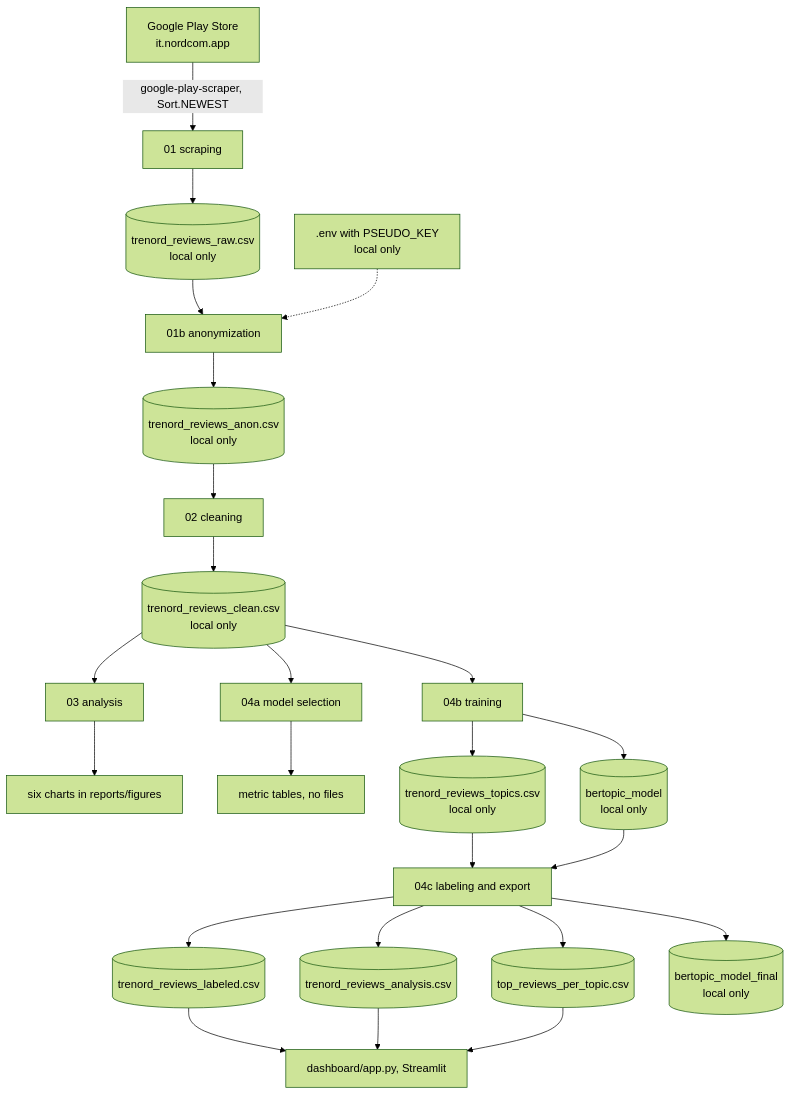
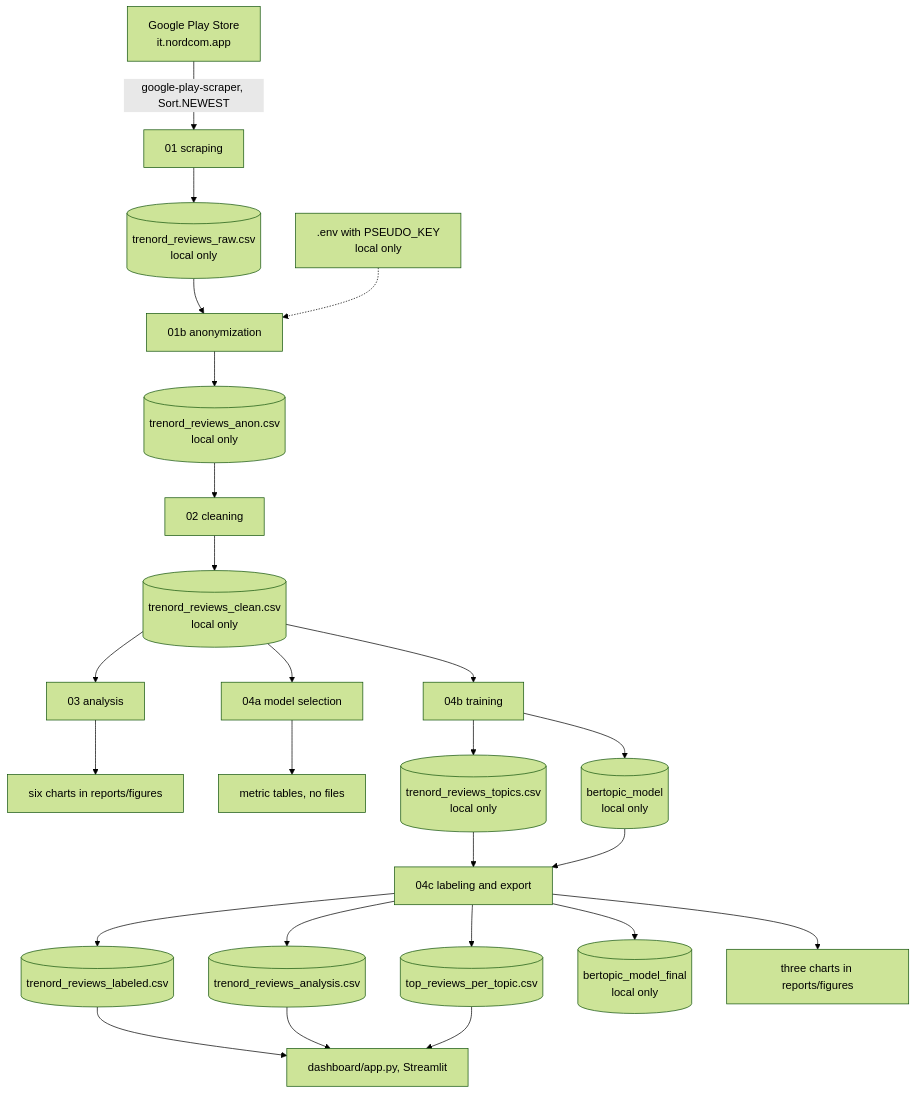
The diagram in docs/architecture.md (paolotroia-datavizlab/trenord-reviews-bertopic), drawn with Mermaid (forest theme) before and after one commit. The commit also changed other lines of this file and 18 other files, not shown here.

Commit message:
Verify 04b and 04c rewrites, add topic charts, Okabe-Ito palette, pin scipy and nbformat

````diff
--- a/docs/architecture.md
+++ b/docs/architecture.md
@@ -33,26 +33,27 @@
 ```mermaid
 flowchart TD
     PS["Google Play Store<br/>it.nordcom.app"] -->|"google-play-scraper, Sort.NEWEST"| N01["01 scraping"]
     N01 --> RAW[("trenord_reviews_raw.csv<br/>local only")]
     RAW --> N01b["01b anonymization"]
     ENV[".env with PSEUDO_KEY<br/>local only"] -.-> N01b
     N01b --> ANON[("trenord_reviews_anon.csv<br/>local only")]
     ANON --> N02["02 cleaning"]
     N02 --> CLEAN[("trenord_reviews_clean.csv<br/>local only")]
     CLEAN --> N03["03 analysis"]
     N03 --> PNG["six charts in reports/figures"]
     CLEAN --> N04a["04a model selection"]
     N04a --> TABLES["metric tables, no files"]
     CLEAN --> N04b["04b training"]
     N04b --> TOPICS[("trenord_reviews_topics.csv<br/>local only")]
     N04b --> MODEL[("bertopic_model<br/>local only")]
     TOPICS --> N04c["04c labeling and export"]
     MODEL --> N04c
     N04c --> LAB[("trenord_reviews_labeled.csv")]
     N04c --> ANA[("trenord_reviews_analysis.csv")]
     N04c --> TOP[("top_reviews_per_topic.csv")]
     N04c --> FINAL[("bertopic_model_final<br/>local only")]
+    N04c --> PNG2["three charts in reports/figures"]
     LAB --> DASH["dashboard/app.py, Streamlit"]
     ANA --> DASH
     TOP --> DASH
 ```
````
